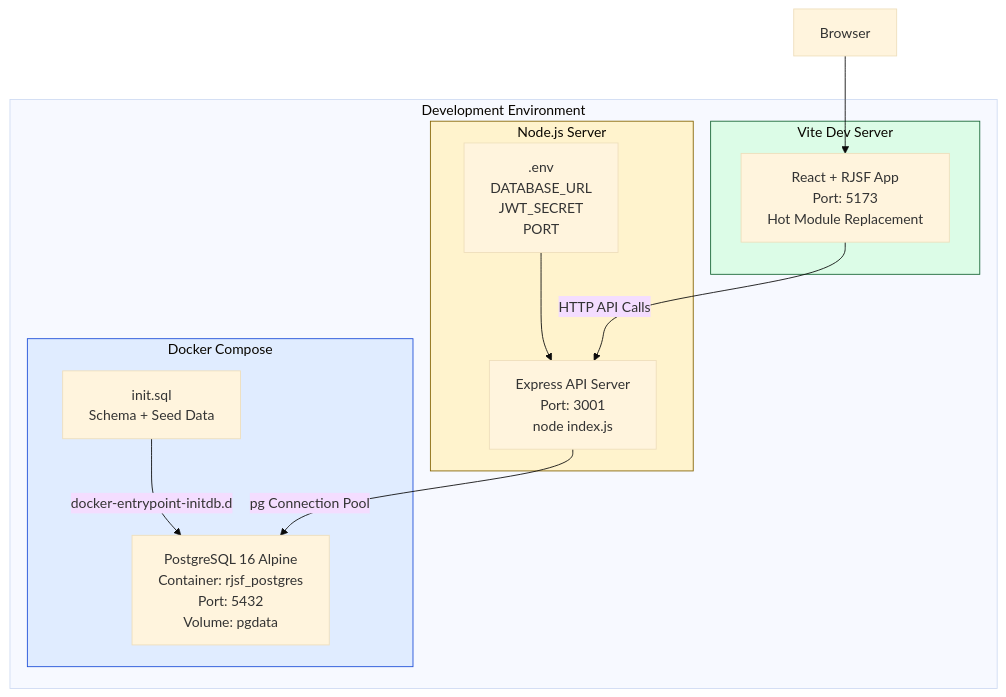
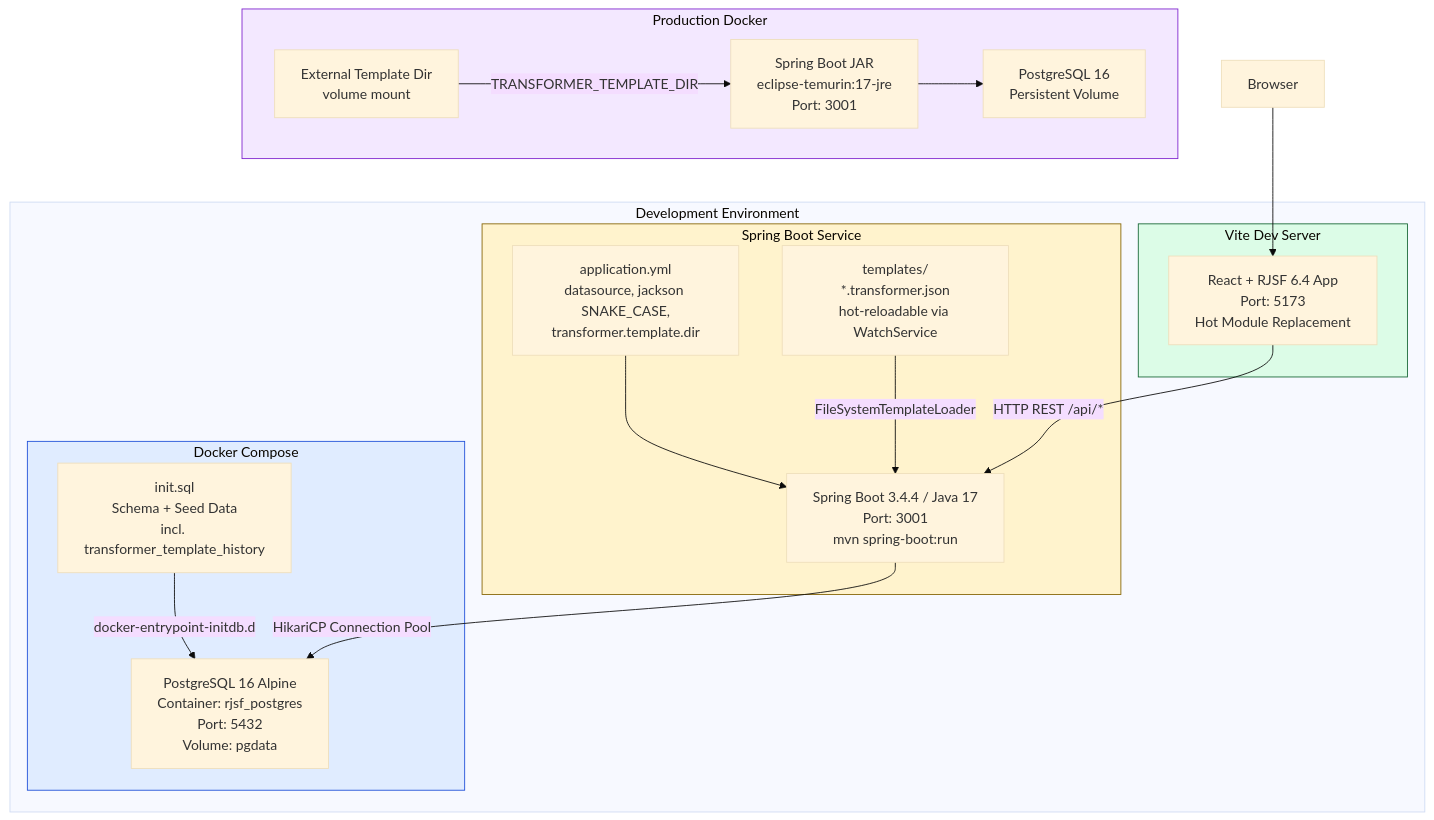
One commit to jphipps42/RJSF-POC changed the diagram in docs/diagrams/deployment-architecture.md. Above: the diagram before and after it, drawn with Mermaid (base theme). The commit also changed 197 other files, not shown here.

````diff
--- a/docs/diagrams/deployment-architecture.md
+++ b/docs/diagrams/deployment-architecture.md
@@ -1,29 +1,40 @@
 ```mermaid
 graph TB
     subgraph Dev["Development Environment"]
         subgraph Docker["Docker Compose"]
             PG["PostgreSQL 16 Alpine<br/>Container: rjsf_postgres<br/>Port: 5432<br/>Volume: pgdata"]
-            INIT["init.sql<br/>Schema + Seed Data"]
+            INIT["init.sql<br/>Schema + Seed Data<br/>incl. transformer_template_history"]
             INIT -->|docker-entrypoint-initdb.d| PG
         end
 
-        subgraph NodeServer["Node.js Server"]
-            EXP["Express API Server<br/>Port: 3001<br/>node index.js"]
-            ENV[".env<br/>DATABASE_URL<br/>JWT_SECRET<br/>PORT"]
-            ENV --> EXP
+        subgraph SpringBoot["Spring Boot Service"]
+            SB["Spring Boot 3.4.4 / Java 17<br/>Port: 3001<br/>mvn spring-boot:run"]
+            YML["application.yml<br/>datasource, jackson SNAKE_CASE,<br/>transformer.template.dir"]
+            TMPL["templates/<br/>*.transformer.json<br/>hot-reloadable via WatchService"]
+            YML --> SB
+            TMPL -->|FileSystemTemplateLoader| SB
         end
 
         subgraph ViteDev["Vite Dev Server"]
-            VITE["React + RJSF App<br/>Port: 5173<br/>Hot Module Replacement"]
+            VITE["React + RJSF 6.4 App<br/>Port: 5173<br/>Hot Module Replacement"]
         end
 
-        VITE -->|HTTP API Calls| EXP
-        EXP -->|pg Connection Pool| PG
+        VITE -->|HTTP REST /api/*| SB
+        SB -->|HikariCP Connection Pool| PG
+    end
+
+    subgraph Prod["Production Docker"]
+        PG_PROD["PostgreSQL 16<br/>Persistent Volume"]
+        SB_PROD["Spring Boot JAR<br/>eclipse-temurin:17-jre<br/>Port: 3001"]
+        TMPL_PROD["External Template Dir<br/>volume mount"]
+        TMPL_PROD -->|TRANSFORMER_TEMPLATE_DIR| SB_PROD
+        SB_PROD --> PG_PROD
     end
 
     USER["Browser"] --> VITE
 
     style Docker fill:#e0ecff,stroke:#1d4ed8
-    style NodeServer fill:#fff3cd,stroke:#856404
+    style SpringBoot fill:#fff3cd,stroke:#856404
     style ViteDev fill:#dcfce7,stroke:#166534
+    style Prod fill:#f3e8ff,stroke:#7e22ce
 ```
````
